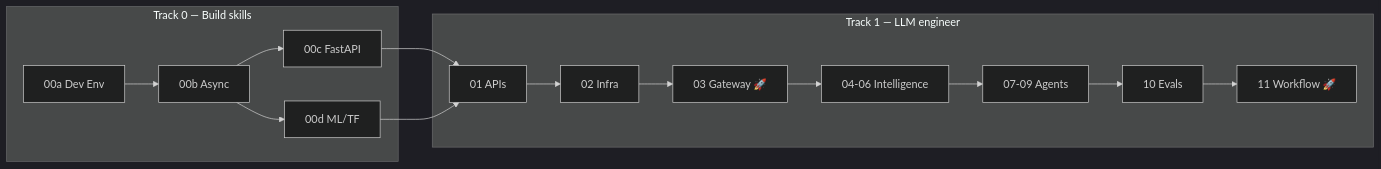
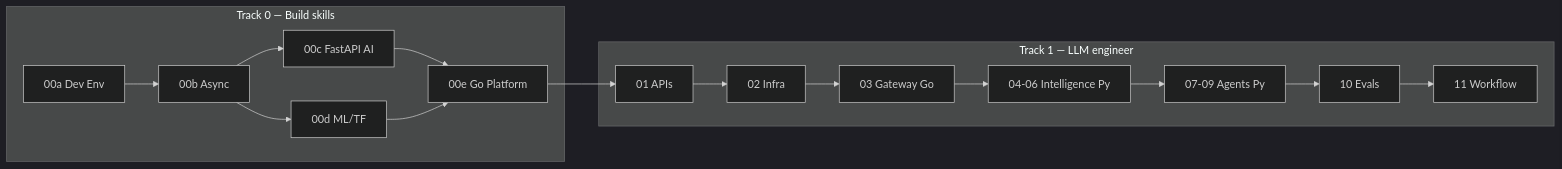
The diagram in AI/AI Development/VISUAL-STUDY-GUIDE.md (codevoks/Learning), drawn with Mermaid (dark theme) before and after one commit. The commit also changed other lines of this file and 17 other files, not shown here.

````diff
--- a/AI/AI Development/VISUAL-STUDY-GUIDE.md
+++ b/AI/AI Development/VISUAL-STUDY-GUIDE.md
@@ -7,23 +7,25 @@
 ```mermaid
 flowchart LR
     subgraph T0["Track 0 — Build skills"]
         A[00a Dev Env]
         B[00b Async]
-        C[00c FastAPI]
+        C[00c FastAPI AI]
         D[00d ML/TF]
+        E[00e Go Platform]
     end
     subgraph T1["Track 1 — LLM engineer"]
-        E[01 APIs]
-        F[02 Infra]
-        G[03 Gateway 🚀]
-        H[04-06 Intelligence]
-        I[07-09 Agents]
-        J[10 Evals]
-        K[11 Workflow 🚀]
+        F[01 APIs]
+        G[02 Infra]
+        H[03 Gateway Go]
+        I[04-06 Intelligence Py]
+        J[07-09 Agents Py]
+        K[10 Evals]
+        L[11 Workflow]
     end
     A --> B --> C
     B --> D
     C --> E
     D --> E
-    E --> F --> G --> H --> I --> J --> K
+    E --> F
+    F --> G --> H --> I --> J --> K --> L
 ```
````
